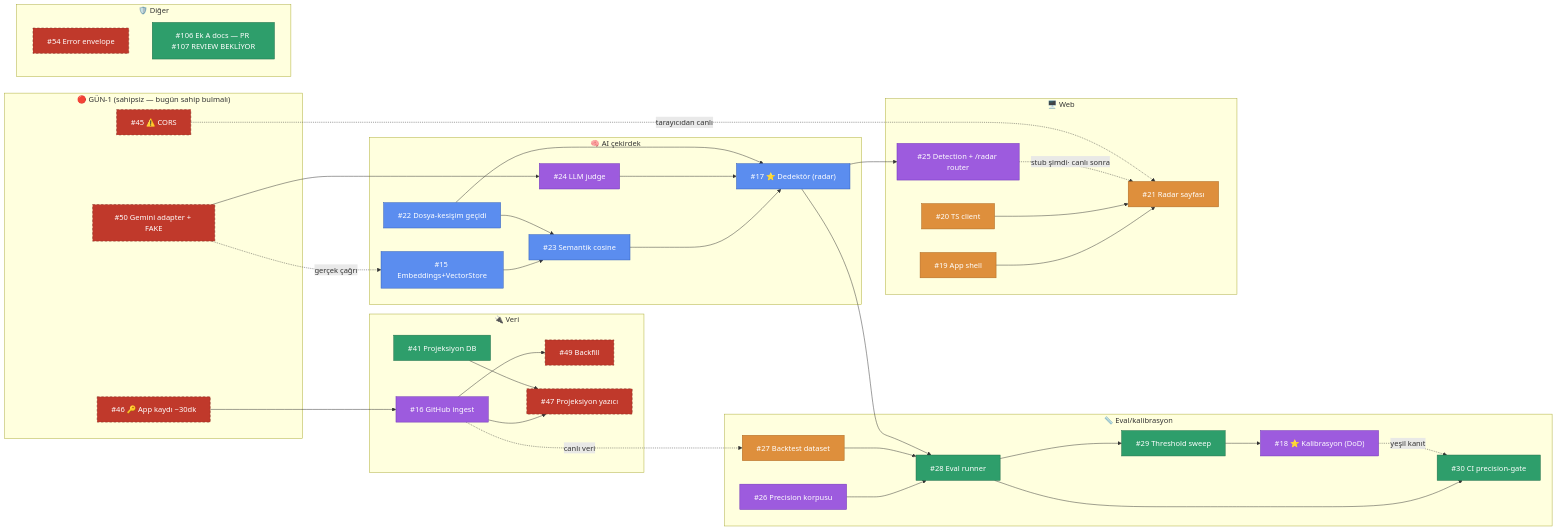
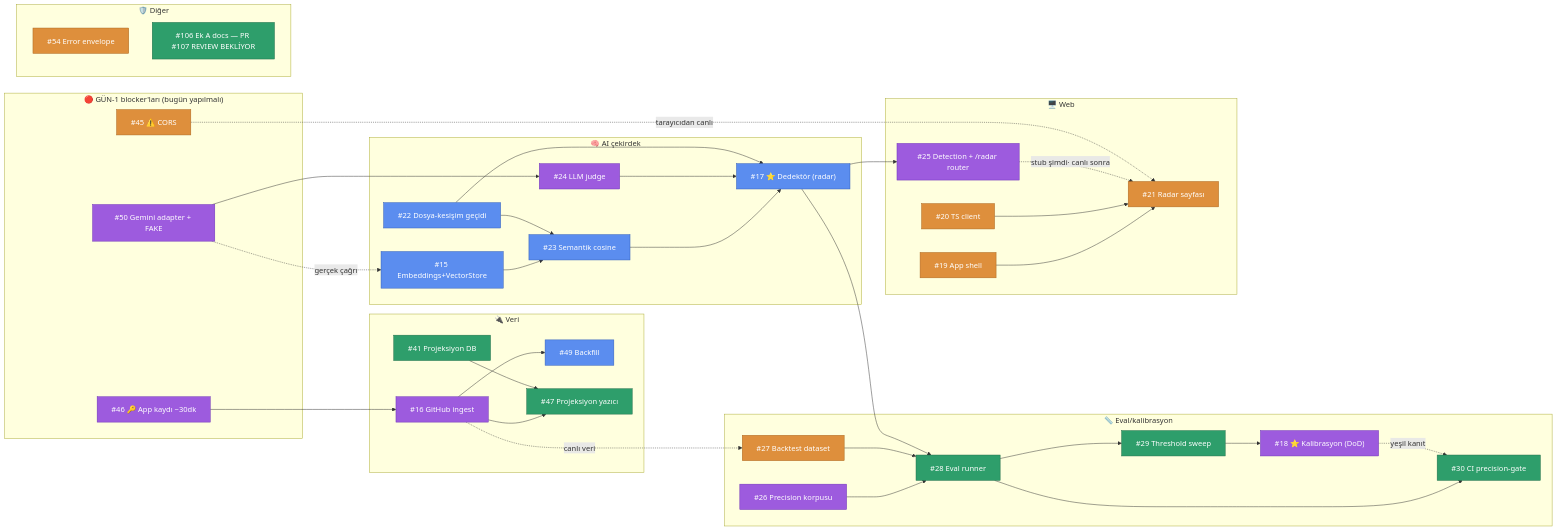
One commit to FatihErenCetin/grup54 changed the diagram in docs/sprint2-bagimlilik.md. Above: the diagram before and after it, drawn with Mermaid. The commit also changed other lines of this file, not shown here.

Commit message:
docs: bağımlılık haritası atamalarla güncellendi (6 sahipsiz → sahipli; kişi kuyrukları yeniden hesaplandı)

````diff
--- a/docs/sprint2-bagimlilik.md
+++ b/docs/sprint2-bagimlilik.md
@@ -8,76 +8,74 @@
 ```mermaid
 graph LR
   classDef semih fill:#5b8def,color:#fff,stroke:#2f5bb7
   classDef esma fill:#9d5bde,color:#fff,stroke:#6b2fb7
   classDef enes fill:#2e9e6b,color:#fff,stroke:#1d6b47
   classDef fatih fill:#de8f3c,color:#fff,stroke:#a8641d
-  classDef sahipsiz fill:#c0392b,color:#fff,stroke:#7d2318,stroke-dasharray: 5 4
-  classDef done fill:#57606a,color:#fff
 
-  subgraph GUN1["🔴 GÜN-1 (sahipsiz — bugün sahip bulmalı)"]
-    I46["#46 🔑 App kaydı ~30dk"]:::sahipsiz
-    I45["#45 ⚠️ CORS"]:::sahipsiz
-    I50["#50 Gemini adapter + FAKE"]:::sahipsiz
+  subgraph GUN1["🔴 GÜN-1 blocker'ları (bugün yapılmalı)"]
+    I46["#46 🔑 App kaydı ~30dk"]:::esma
+    I45["#45 ⚠️ CORS"]:::fatih
+    I50["#50 Gemini adapter + FAKE"]:::esma
   end
 
   subgraph AI["🧠 AI çekirdek"]
     I15["#15 Embeddings+VectorStore"]:::semih
     I22["#22 Dosya-kesişim geçidi"]:::semih
     I23["#23 Semantik cosine"]:::semih
     I24["#24 LLM judge"]:::esma
     I17["#17 ⭐ Dedektör (radar)"]:::semih
   end
 
   subgraph EVAL["📏 Eval/kalibrasyon"]
     I26["#26 Precision korpusu"]:::esma
     I27["#27 Backtest dataset"]:::fatih
     I28["#28 Eval runner"]:::enes
     I29["#29 Threshold sweep"]:::enes
     I18["#18 ⭐ Kalibrasyon (DoD)"]:::esma
     I30["#30 CI precision-gate"]:::enes
   end
 
   subgraph VERI["🔌 Veri"]
     I16["#16 GitHub ingest"]:::esma
-    I49["#49 Backfill"]:::sahipsiz
+    I49["#49 Backfill"]:::semih
     I41["#41 Projeksiyon DB"]:::enes
-    I47["#47 Projeksiyon yazıcı"]:::sahipsiz
+    I47["#47 Projeksiyon yazıcı"]:::enes
   end
 
   subgraph WEB["🖥️ Web"]
     I19["#19 App shell"]:::fatih
     I20["#20 TS client"]:::fatih
     I21["#21 Radar sayfası"]:::fatih
     I25["#25 Detection + /radar router"]:::esma
   end
 
   subgraph DIGER["🛡️ Diğer"]
-    I54["#54 Error envelope"]:::sahipsiz
+    I54["#54 Error envelope"]:::fatih
     I106["#106 Ek A docs — PR #107 REVIEW BEKLİYOR"]:::enes
   end
 
   I46 --> I16
   I16 --> I49
   I16 --> I47
   I41 --> I47
   I16 -.->|canlı veri| I27
   I50 --> I24
   I50 -.->|gerçek çağrı| I15
   I15 --> I23
   I22 --> I23
   I23 --> I17
   I24 --> I17
   I22 --> I17
   I26 --> I28
   I27 --> I28
   I17 --> I28
   I28 --> I29
   I29 --> I18
   I28 --> I30
   I18 -.->|yeşil kanıt| I30
   I19 --> I21
   I20 --> I21
   I17 --> I25
   I25 -.->|stub şimdi· canlı sonra| I21
   I45 -.->|tarayıcıdan canlı| I21
 ```
````
